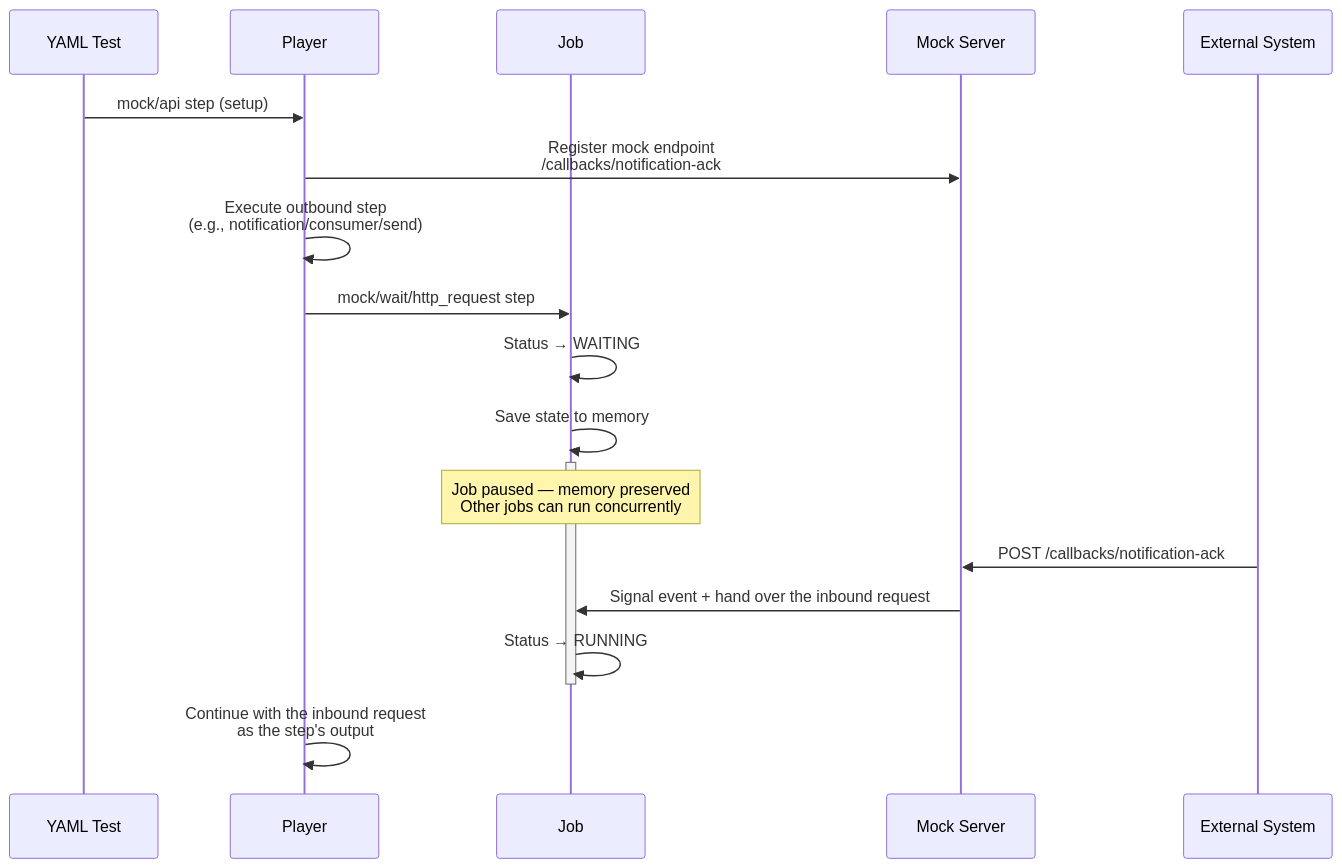
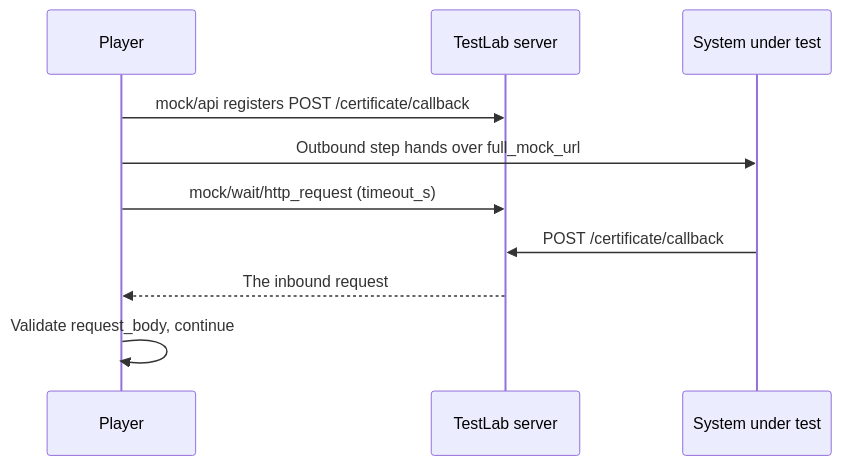
One commit to eclipse-tractusx/tractusx-testlab changed the seventh of 8 diagrams in docs/specification/specification/concepts.md. Above: the diagram before and after it, drawn with Mermaid. The commit also changed other lines of this file and 155 other files, not shown here.

````diff
--- a/docs/specification/specification/concepts.md
+++ b/docs/specification/specification/concepts.md
@@ -347,25 +253,13 @@
 ```mermaid
 sequenceDiagram
-    participant Y as YAML Test
     participant P as Player
-    participant J as Job
-    participant SRV as Mock Server
-    participant EXT as External System
+    participant SRV as TestLab server
+    participant SUT as System under test
 
-    Y->>P: mock/api step (setup)
-    P->>SRV: Register mock endpoint<br/>/callbacks/notification-ack
-    P->>P: Execute outbound step<br/>(e.g., notification/consumer/send)
-
-    P->>J: mock/wait/http_request step
-    J->>J: Status → WAITING
-    J->>J: Save state to memory
-    activate J
-    Note over J: Job paused — memory preserved<br/>Other jobs can run concurrently
-
-    EXT->>SRV: POST /callbacks/notification-ack
-    SRV->>J: Signal event + hand over the inbound request
-    J->>J: Status → RUNNING
-    deactivate J
-
-    P->>P: Continue with the inbound request<br/>as the step's output
+    P->>SRV: mock/api registers POST /certificate/callback
+    P->>SUT: Outbound step hands over full_mock_url
+    P->>SRV: mock/wait/http_request (timeout_s)
+    SUT->>SRV: POST /certificate/callback
+    SRV-->>P: The inbound request
+    P->>P: Validate request_body, continue
 ```
````
